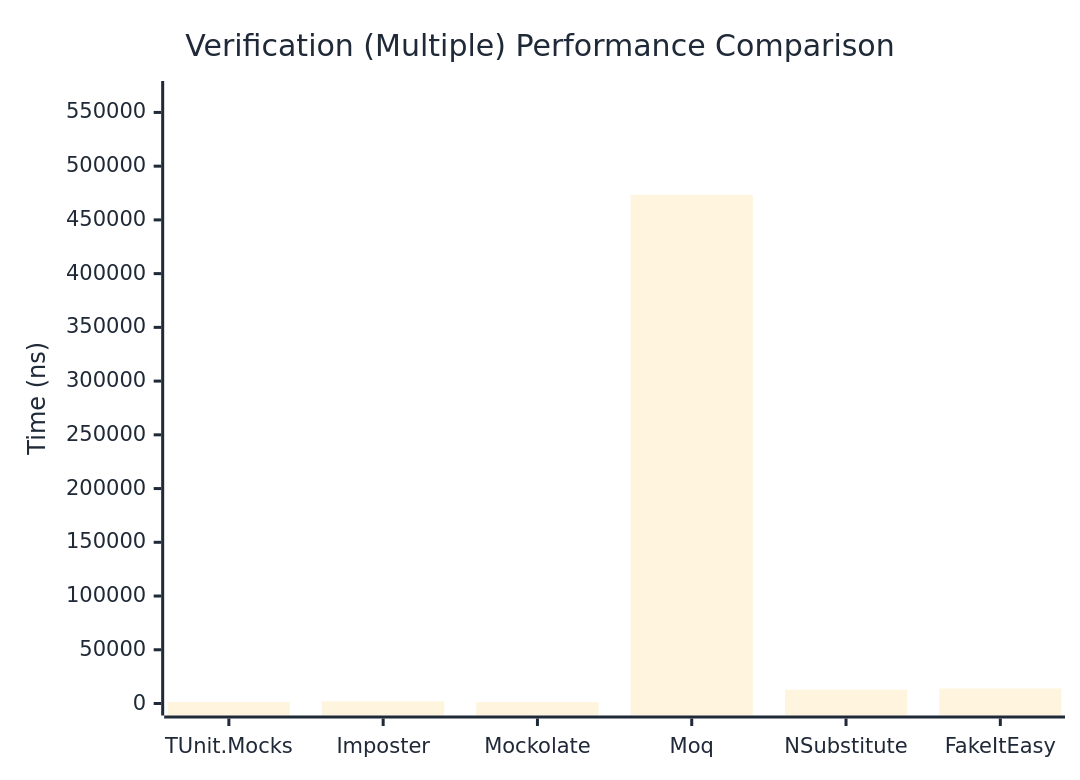
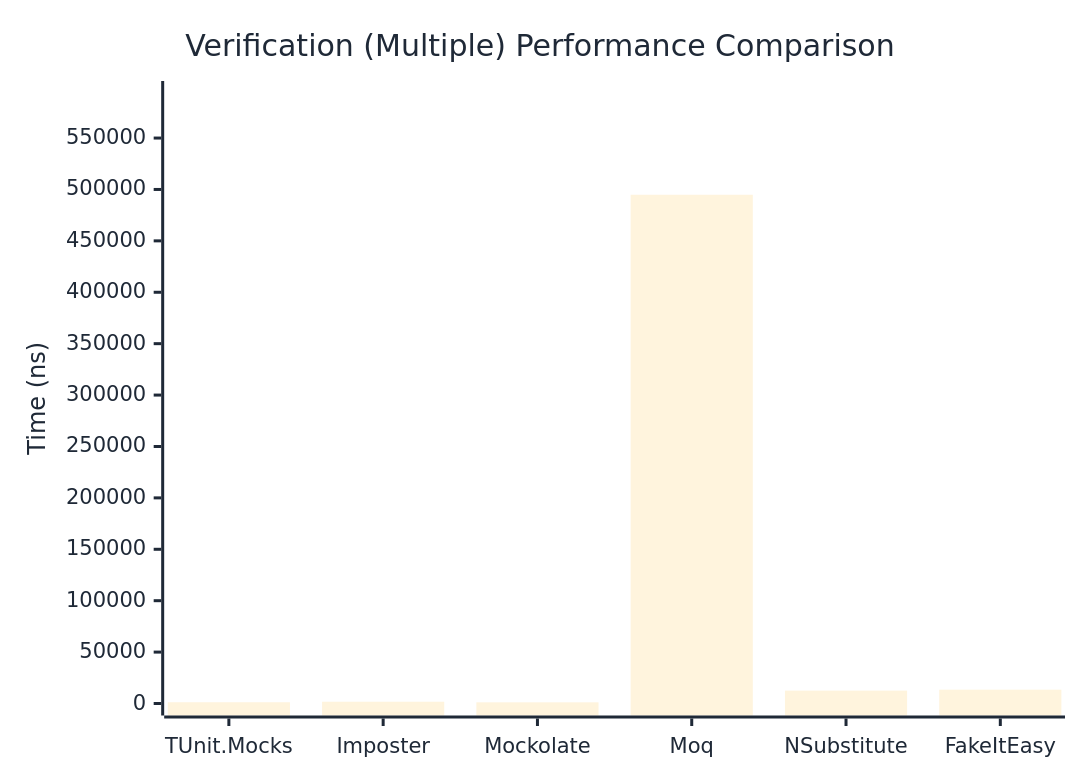
The third of 3 diagrams in docs/docs/benchmarks/mocks/Verification.md (thomhurst/TUnit), drawn with Mermaid before and after one commit. The commit also changed other lines of this file and 14 other files, not shown here.

````diff
--- a/docs/docs/benchmarks/mocks/Verification.md
+++ b/docs/docs/benchmarks/mocks/Verification.md
@@ -112,27 +112,27 @@
 ```mermaid
 %%{init: {
   'theme':'base',
   'themeVariables': {
     'primaryColor': '#2563eb',
     'primaryTextColor': '#1f2937',
     'primaryBorderColor': '#1e40af',
     'lineColor': '#6b7280',
     'secondaryColor': '#7c3aed',
     'tertiaryColor': '#dc2626',
     'background': '#ffffff',
     'pie1': '#2563eb',
     'pie2': '#7c3aed',
     'pie3': '#dc2626',
     'pie4': '#f59e0b',
     'pie5': '#10b981',
     'pie6': '#06b6d4',
     'pie7': '#ec4899',
     'pie8': '#6366f1'
   }
 }}%%
 xychart-beta
   title "Verification (Multiple) Performance Comparison"
   x-axis ["TUnit.Mocks", "Imposter", "Mockolate", "Moq", "NSubstitute", "FakeItEasy"]
-  y-axis "Time (ns)" 0 --> 568080
-  bar [1377.3, 2019.22, 1267.96, 473399.64, 12844.55, 13945.43]
+  y-axis "Time (ns)" 0 --> 593823
+  bar [1225.36, 1704.59, 1145.79, 494852.13, 12531.34, 13435.67]
 ```
````
